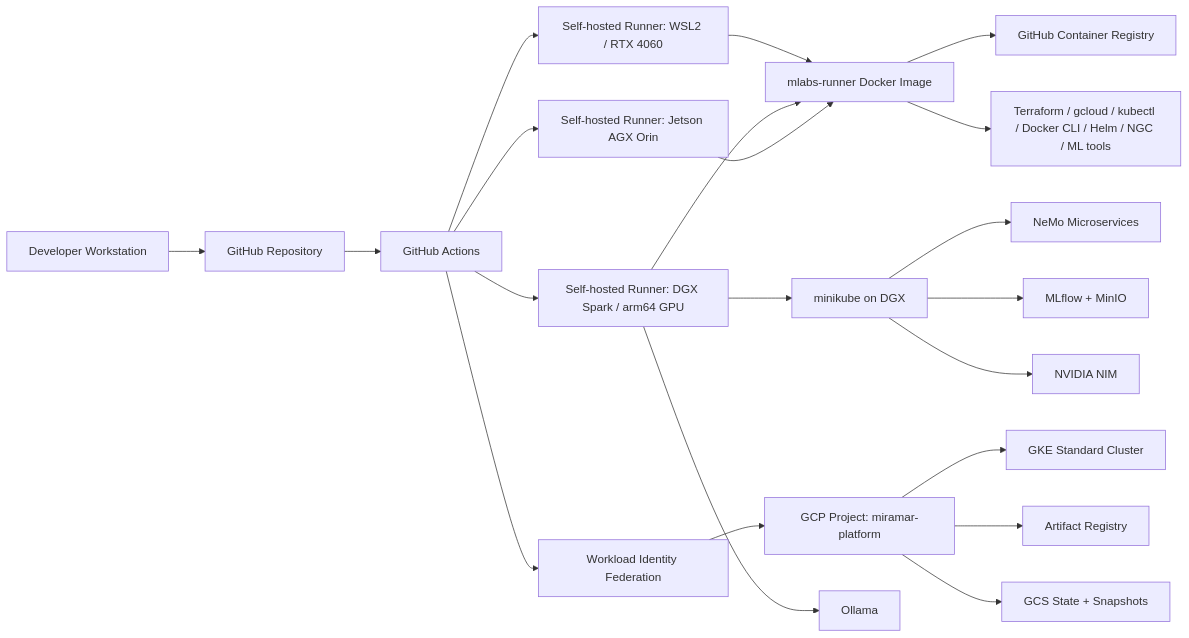
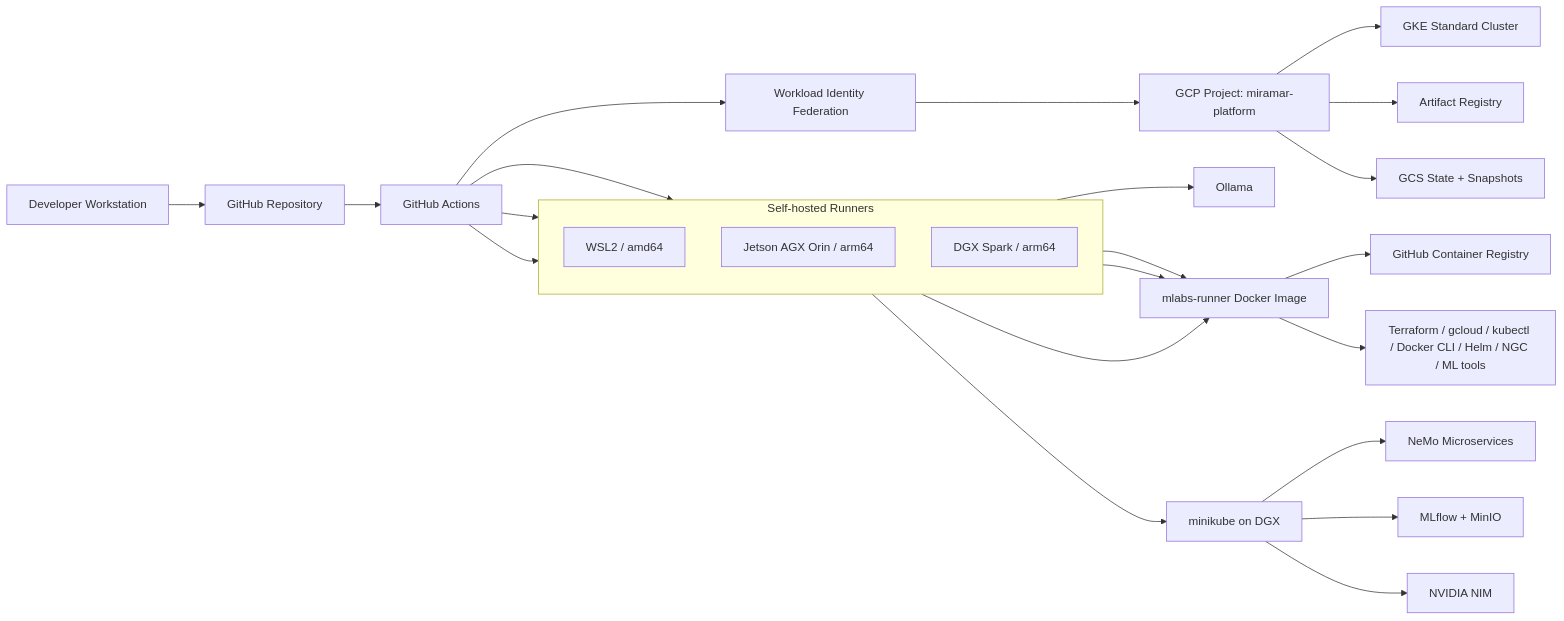
Before and after one commit to miramar-labs-org/miramar-platform-gcp: the diagram in README.md, drawn with Mermaid.

Commit message:
docs: update flowchart runner labels and layout
- Move Ollama above GCP block in flowchart
- Group self-hosted runners in subgraph with direction TB
- Reorder subgraph nodes (WSL2, AGX, DGX) to avoid crossed edges
- Relabel runners: WSL2/amd64, Jetson AGX Orin/arm64, DGX Spark/arm64

````diff
--- a/README.md
+++ b/README.md
@@ -9,29 +9,37 @@
 ```mermaid
 flowchart LR
     Dev[Developer Workstation] --> GH[GitHub Repository]
     GH --> GHA[GitHub Actions]
 
-    GHA --> WSL2[Self-hosted Runner: WSL2 / RTX 4060]
-    GHA --> DGX[Self-hosted Runner: DGX Spark / arm64 GPU]
-    GHA --> AGX[Self-hosted Runner: Jetson AGX Orin]
+    subgraph runners[Self-hosted Runners]
+        direction TB
+        WSL2[WSL2 / amd64]
+        AGX[Jetson AGX Orin / arm64]
+        DGX[DGX Spark / arm64]
+    end
+
+    GHA --> WSL2
+    GHA --> AGX
+    GHA --> DGX
 
     WSL2 --> RunnerImage[mlabs-runner Docker Image]
+    AGX --> RunnerImage
     DGX --> RunnerImage
-    AGX --> RunnerImage
 
     RunnerImage --> GHCR[GitHub Container Registry]
     RunnerImage --> Tools[Terraform / gcloud / kubectl / Docker CLI / Helm / NGC / ML tools]
+
+    DGX --> Ollama[Ollama]
 
     GHA --> WIF[Workload Identity Federation]
     WIF --> GCP[GCP Project: miramar-platform]
 
     GCP --> GKE[GKE Standard Cluster]
     GCP --> GAR[Artifact Registry]
     GCP --> GCS[GCS State + Snapshots]
 
     DGX --> Mini[minikube on DGX]
     Mini --> Nemo[NeMo Microservices]
     Mini --> MLflow[MLflow + MinIO]
     Mini --> NIM[NVIDIA NIM]
-    DGX --> Ollama[Ollama]
 ```
````
